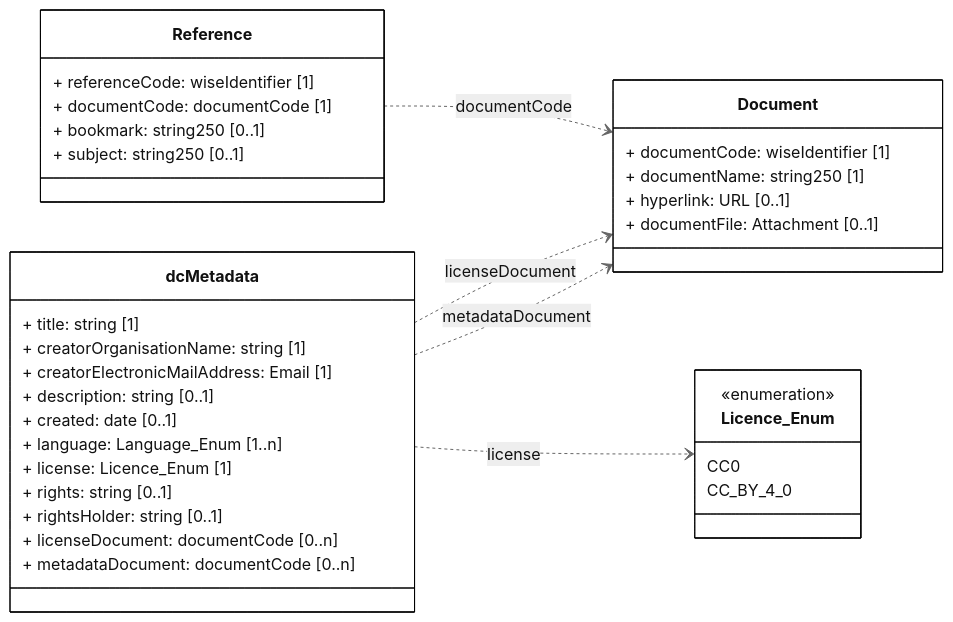
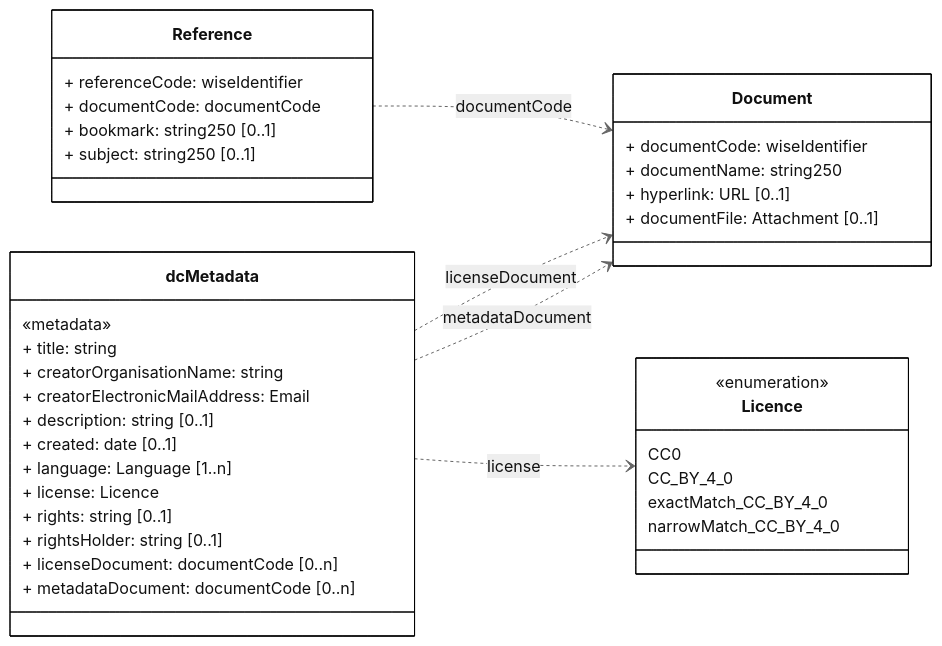
Before and after one commit to eeadata/WISE.UWWTD.Documentation: the diagram in docs/rUWWTD2024/Article23/mmd/Article23_Documents_ClassDiagram.mmd, drawn with Mermaid. The commit also changed 6 other files, not shown here.

```diff
--- a/docs/rUWWTD2024/Article23/mmd/Article23_Documents_ClassDiagram.mmd
+++ b/docs/rUWWTD2024/Article23/mmd/Article23_Documents_ClassDiagram.mmd
@@ -1,51 +1,55 @@
 ---
 config:
   class:
     hideEmptyMembersBox: true
   layout: dagre
   theme: neutral
 ---
 classDiagram
 direction LR
 
 class dcMetadata {
-+ title: string [1]
-+ creatorOrganisationName: string [1]
-+ creatorElectronicMailAddress: Email [1]
-+ description: string [0..1]
-+ created: date [0..1]
-+ language: Language_Enum [1..n]
-+ license: Licence_Enum [1]
-+ rights: string [0..1]
-+ rightsHolder: string [0..1]
-+ licenseDocument: documentCode [0..n]
-+ metadataDocument: documentCode [0..n]
+
+«metadata»
+  + title: string
+  + creatorOrganisationName: string
+  + creatorElectronicMailAddress: Email
+  + description: string [0..1]
+  + created: date [0..1]
+  + language: Language [1..n]
+  + license: Licence
+  + rights: string [0..1]
+  + rightsHolder: string [0..1]
+  + licenseDocument: documentCode [0..n]
+  + metadataDocument: documentCode [0..n]
 }
 
 class Reference {
-    + referenceCode: wiseIdentifier [1]
-    + documentCode: documentCode [1]
-    + bookmark: string250 [0..1]
-    + subject: string250 [0..1]
+  + referenceCode: wiseIdentifier
+  + documentCode: documentCode
+  + bookmark: string250 [0..1]
+  + subject: string250 [0..1]
 }
 
 class Document {
-    + documentCode: wiseIdentifier [1]
-    + documentName: string250 [1]
-    + hyperlink: URL [0..1]
-    + documentFile: Attachment [0..1]
+  + documentCode: wiseIdentifier
+  + documentName: string250
+  + hyperlink: URL [0..1]
+  + documentFile: Attachment [0..1]
 }
 
-class Licence_Enum{
+class Licence{
   <<enumeration>>
   CC0
   CC_BY_4_0
+  exactMatch_CC_BY_4_0
+  narrowMatch_CC_BY_4_0
 }
 
 Reference ..> Document: documentCode
 dcMetadata ..> Document: licenseDocument
 dcMetadata ..> Document: metadataDocument
-dcMetadata ..> Licence_Enum: license
+dcMetadata ..> Licence: license
 
 classDef default fill:white,stroke:#000;
 classDef forFixing fill:white,stroke:#f00;
```
